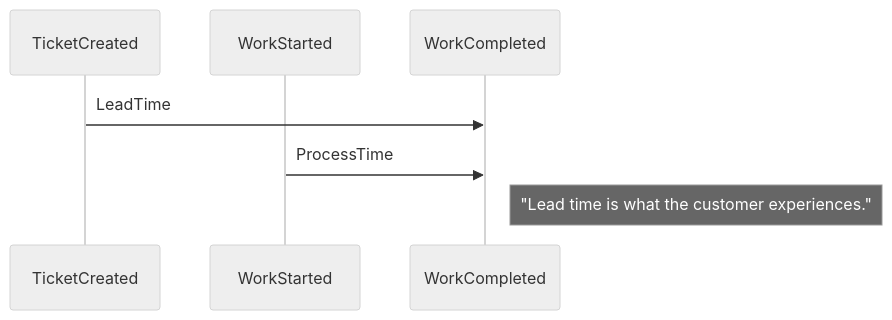
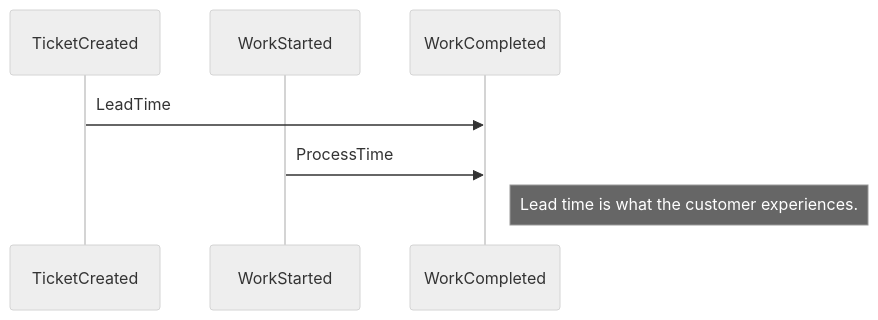
The second of 2 diagrams in books/the_devops_handbook.md (wayofthepie/notes), drawn with Mermaid (neutral theme) before and after one commit.

Commit message:
Update lead time note

````diff
--- a/books/the_devops_handbook.md
+++ b/books/the_devops_handbook.md
@@ -20,10 +20,10 @@
 ```mermaid
 %%{init: { 'sequence': {'messageAlign': 'left'} }}%%
 sequenceDiagram
     participant TicketCreated
     participant WorkStarted
     participant WorkCompleted
     TicketCreated->>WorkCompleted: LeadTime
     WorkStarted->>WorkCompleted: ProcessTime
-    Note right of WorkCompleted: "Lead time is what the customer experiences."
+    Note right of WorkCompleted: Lead time is what the customer experiences.
 ```
````
